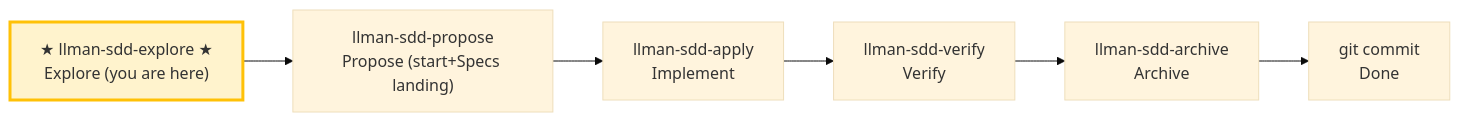
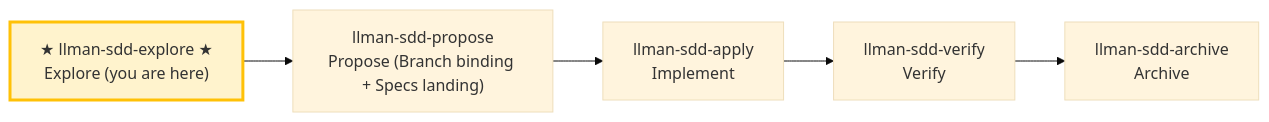
The diagram in templates/sdd/en/skills/llman-sdd-explore.md (StrayDragon/llman), drawn with Mermaid (base theme) before and after one commit. The commit also changed other lines of this file and 48 other files, not shown here.

````diff
--- a/templates/sdd/en/skills/llman-sdd-explore.md
+++ b/templates/sdd/en/skills/llman-sdd-explore.md
@@ -22,11 +27,10 @@
 ```mermaid
 flowchart LR
     explore["★ llman-sdd-explore ★<br/>Explore (you are here)"]
-    explore --> propose["llman-sdd-propose<br/>Propose (start+Specs landing)"]
+    explore --> propose["llman-sdd-propose<br/>Propose (Branch binding + Specs landing)"]
     propose --> apply["llman-sdd-apply<br/>Implement"]
     apply --> verify["llman-sdd-verify<br/>Verify"]
     verify --> archive["llman-sdd-archive<br/>Archive"]
-    archive --> commit["git commit<br/>Done"]
 
     style explore fill:#fff3cd,stroke:#ffc107,stroke-width:3px
 ```
````
